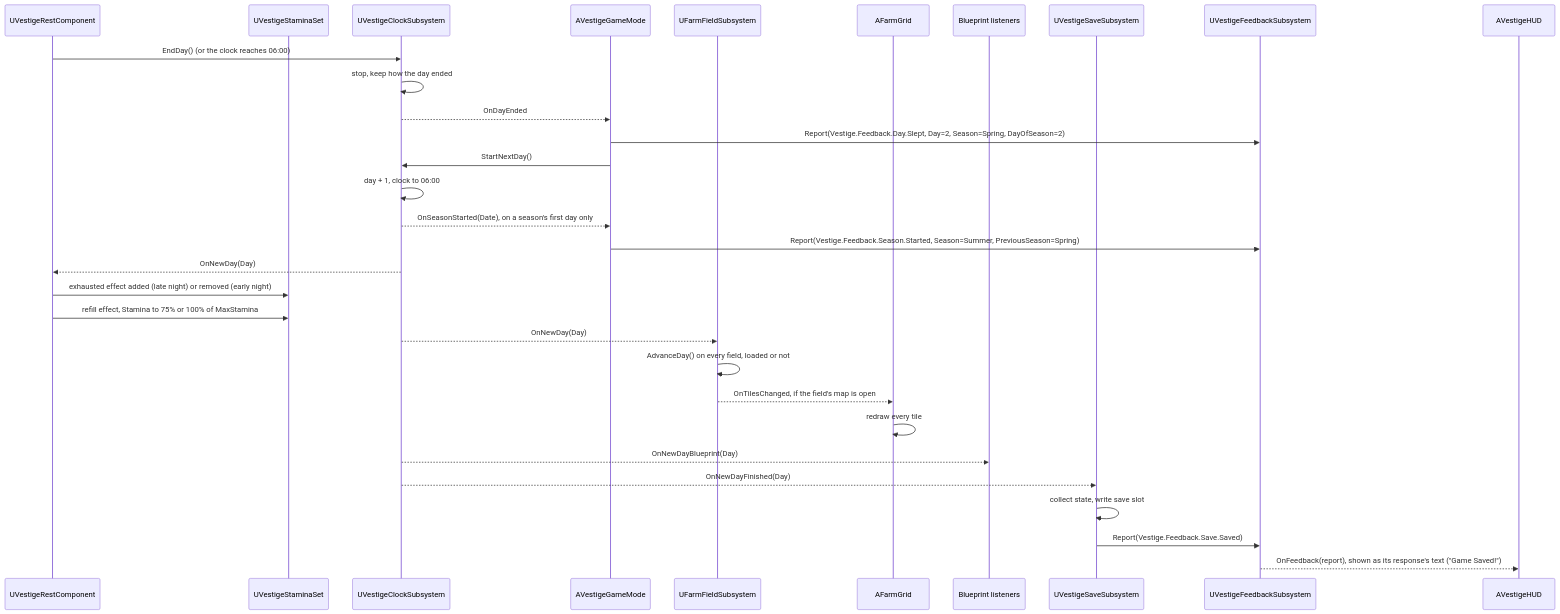
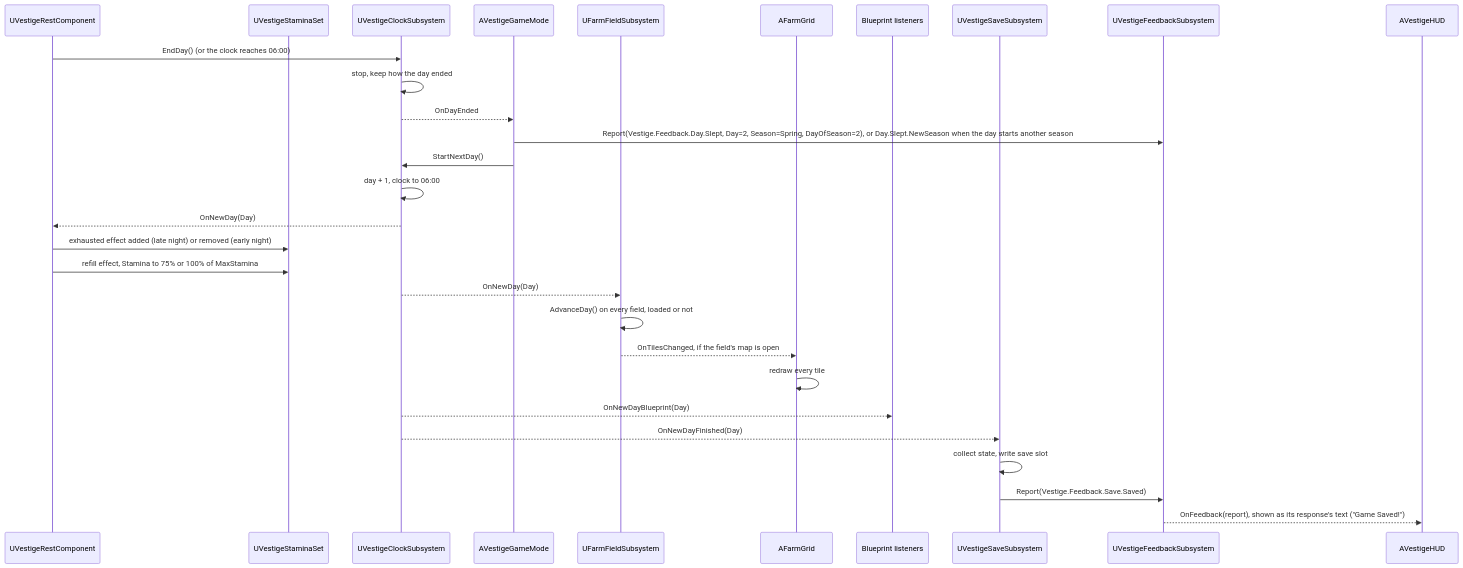
Before and after one commit to DunderGG/ProjectVestige: the second of 2 diagrams in Docs/Architecture.md, drawn with Mermaid. The commit also changed other lines of this file and 25 other files, not shown here.

````diff
--- a/Docs/Architecture.md
+++ b/Docs/Architecture.md
@@ -511,33 +511,31 @@
 ```mermaid
 sequenceDiagram
     participant Rest as UVestigeRestComponent
     participant Stamina as UVestigeStaminaSet
     participant Clock as UVestigeClockSubsystem
     participant GameMode as AVestigeGameMode
     participant Fields as UFarmFieldSubsystem
     participant Grid as AFarmGrid
     participant Blueprints as Blueprint listeners
     participant Save as UVestigeSaveSubsystem
     participant Feedback as UVestigeFeedbackSubsystem
     participant HUD as AVestigeHUD
     Rest->>Clock: EndDay() (or the clock reaches 06:00)
     Clock->>Clock: stop, keep how the day ended
     Clock-->>GameMode: OnDayEnded
-    GameMode->>Feedback: Report(Vestige.Feedback.Day.Slept, Day=2, Season=Spring, DayOfSeason=2)
+    GameMode->>Feedback: Report(Vestige.Feedback.Day.Slept, Day=2, Season=Spring, DayOfSeason=2), or Day.Slept.NewSeason when the day starts another season
     GameMode->>Clock: StartNextDay()
     Clock->>Clock: day + 1, clock to 06:00
-    Clock-->>GameMode: OnSeasonStarted(Date), on a season's first day only
-    GameMode->>Feedback: Report(Vestige.Feedback.Season.Started, Season=Summer, PreviousSeason=Spring)
     Clock-->>Rest: OnNewDay(Day)
     Rest->>Stamina: exhausted effect added (late night) or removed (early night)
     Rest->>Stamina: refill effect, Stamina to 75% or 100% of MaxStamina
     Clock-->>Fields: OnNewDay(Day)
     Fields->>Fields: AdvanceDay() on every field, loaded or not
     Fields-->>Grid: OnTilesChanged, if the field's map is open
     Grid->>Grid: redraw every tile
     Clock-->>Blueprints: OnNewDayBlueprint(Day)
     Clock-->>Save: OnNewDayFinished(Day)
     Save->>Save: collect state, write save slot
     Save->>Feedback: Report(Vestige.Feedback.Save.Saved)
     Feedback-->>HUD: OnFeedback(report), shown as its response's text ("Game Saved!")
 ```
````
